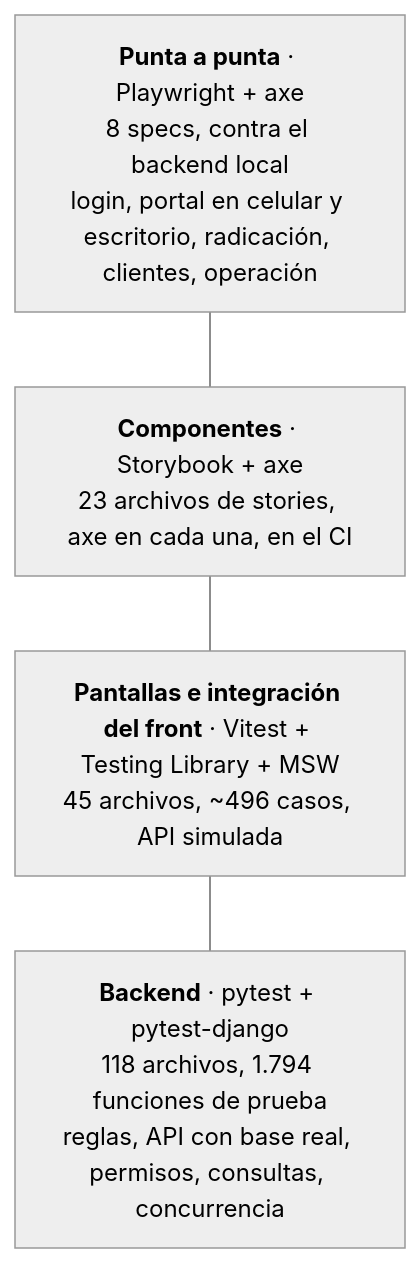
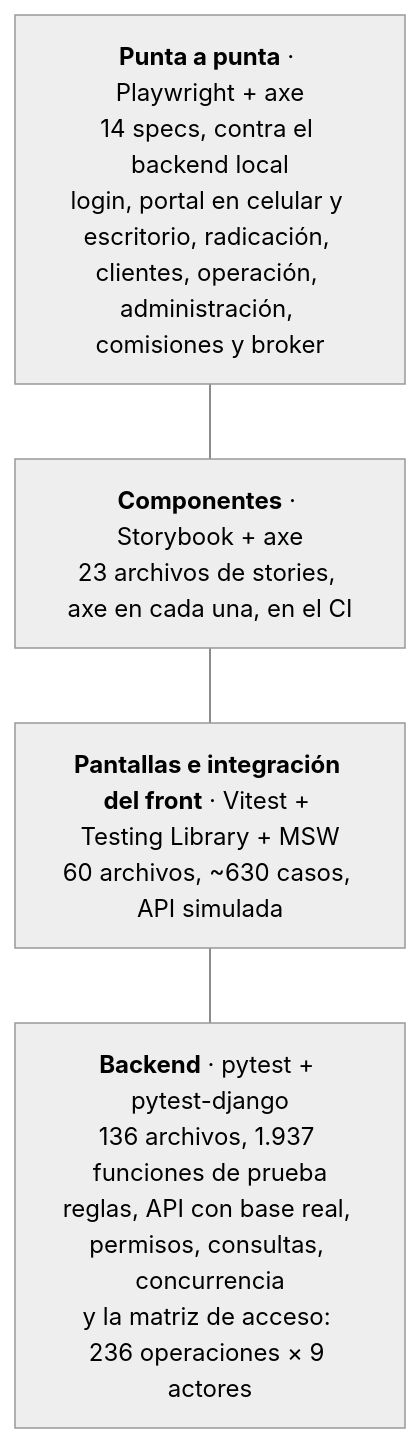
One commit to CarlosDev88/real-estate-credit-backoffice changed the first of 2 diagrams in docs/guia/09-calidad.md. Above: the diagram before and after it, drawn with Mermaid (neutral theme). The commit also changed other lines of this file and 21 other files, not shown here.

````diff
--- a/docs/guia/09-calidad.md
+++ b/docs/guia/09-calidad.md
@@ -24,8 +24,8 @@
 ```mermaid
 flowchart TB
-    e2e["<b>Punta a punta</b> · Playwright + axe<br/>8 specs, contra el backend local<br/>login, portal en celular y escritorio, radicación, clientes, operación"]
+    e2e["<b>Punta a punta</b> · Playwright + axe<br/>14 specs, contra el backend local<br/>login, portal en celular y escritorio, radicación, clientes, operación, administración, comisiones y broker"]
     sb["<b>Componentes</b> · Storybook + axe<br/>23 archivos de stories, axe en cada una, en el CI"]
-    fe["<b>Pantallas e integración del front</b> · Vitest + Testing Library + MSW<br/>45 archivos, ~496 casos, API simulada"]
-    be["<b>Backend</b> · pytest + pytest-django<br/>118 archivos, 1.794 funciones de prueba<br/>reglas, API con base real, permisos, consultas, concurrencia"]
+    fe["<b>Pantallas e integración del front</b> · Vitest + Testing Library + MSW<br/>60 archivos, ~630 casos, API simulada"]
+    be["<b>Backend</b> · pytest + pytest-django<br/>136 archivos, 1.937 funciones de prueba<br/>reglas, API con base real, permisos, consultas, concurrencia<br/>y la matriz de acceso: 236 operaciones × 9 actores"]
     e2e --- sb --- fe --- be
 ```
````
